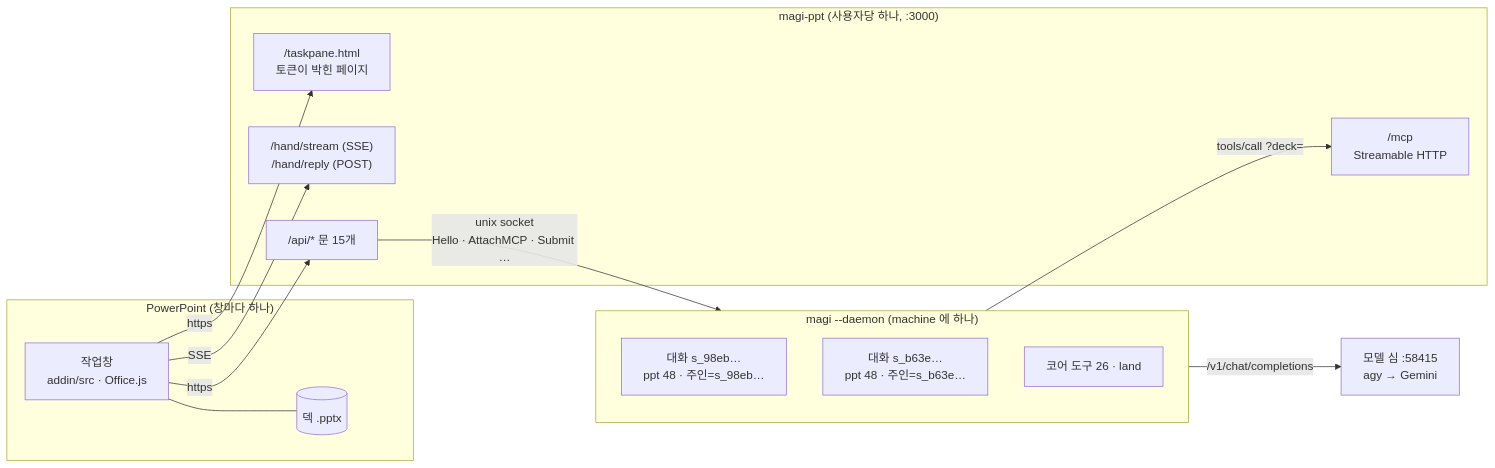
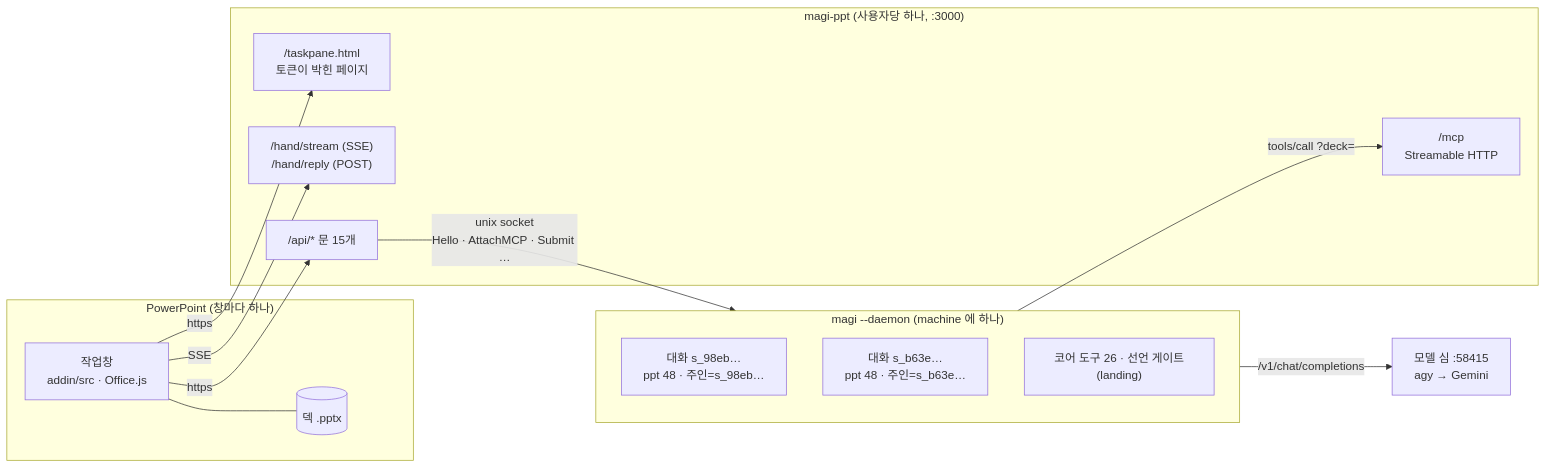
The first of 7 diagrams in clients/powerpoint/docs/DIAGRAMS.ko.md (sayaya1090/magi), drawn with Mermaid before and after one commit. The commit also changed other lines of this file and 4 other files, not shown here.

Commit message:
ppt/docs: 끝내는 문 하나와 선언 게이트 — TOOLS §4 재작성, 다이어그램·아키텍처·매뉴얼 문구, 세 런 실측

````diff
--- a/clients/powerpoint/docs/DIAGRAMS.ko.md
+++ b/clients/powerpoint/docs/DIAGRAMS.ko.md
@@ -19,26 +19,26 @@
 ```mermaid
 flowchart LR
   subgraph PPT["PowerPoint (창마다 하나)"]
     Deck[(덱 .pptx)]
     Pane["작업창<br/>addin/src · Office.js"]
     Pane --- Deck
   end
   subgraph Helper["magi-ppt (사용자당 하나, :3000)"]
     Page["/taskpane.html<br/>토큰이 박힌 페이지"]
     Hand["/hand/stream (SSE)<br/>/hand/reply (POST)"]
     API["/api/* 문 15개"]
     MCP["/mcp<br/>Streamable HTTP"]
   end
   subgraph Daemon["magi --daemon (machine 에 하나)"]
     S1["대화 s_98eb…<br/>ppt 48 · 주인=s_98eb…"]
     S2["대화 s_b63e…<br/>ppt 48 · 주인=s_b63e…"]
-    Core["코어 도구 26 · land"]
+    Core["코어 도구 26 · 선언 게이트(landing)"]
   end
   Shim["모델 심 :58415<br/>agy → Gemini"]
   Pane -- https --> Page
   Pane -- SSE --> Hand
   Pane -- https --> API
   API -- "unix socket<br/>Hello · AttachMCP · Submit …" --> Daemon
   Daemon -- "tools/call ?deck=" --> MCP
   Daemon -- "/v1/chat/completions" --> Shim
 ```
````
